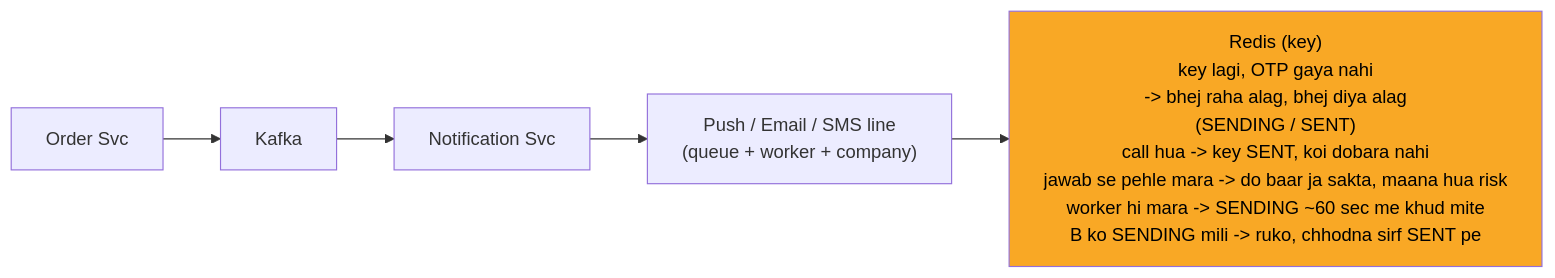
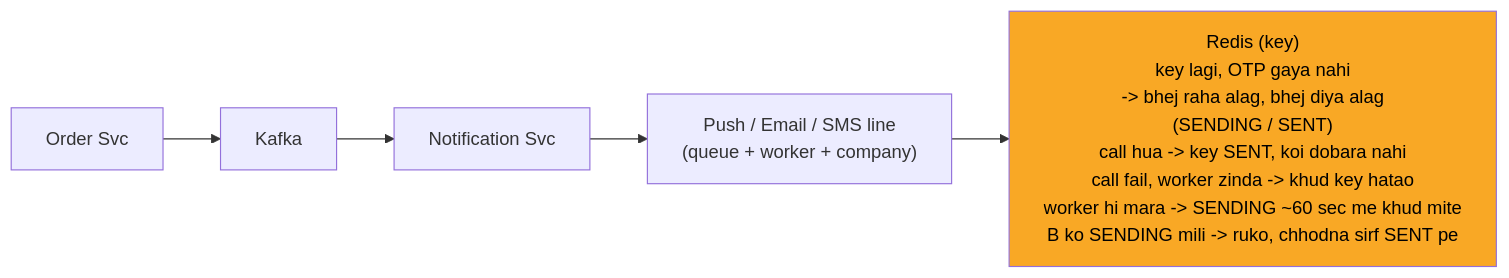
One commit to ArpanMaheshwari144/Prep changed the fifth of 13 diagrams in 04_HLD/SYSTEM_DESIGNS/04_notification_system/04_notification_system.md. Above: the diagram before and after it, drawn with Mermaid. The commit also changed 7 other files, not shown here.

````diff
--- a/04_HLD/SYSTEM_DESIGNS/04_notification_system/04_notification_system.md
+++ b/04_HLD/SYSTEM_DESIGNS/04_notification_system/04_notification_system.md
@@ -208,14 +208,14 @@
 ```mermaid
 %%{init: {"flowchart": {"wrappingWidth": 450}}}%%
 flowchart LR
     n_Order_Svc["Order Svc"]
     n_Kafka["Kafka"]
     n_Notification_Svc["Notification Svc"]
     n_LINES["Push / Email / SMS line<br/>(queue + worker + company)"]
-    n_Redis["Redis (key)<br/>key lagi, OTP gaya nahi<br/>-> bhej raha alag, bhej diya alag<br/>(SENDING / SENT)<br/>call hua -> key SENT, koi dobara nahi<br/>jawab se pehle mara -> do baar ja sakta, maana hua risk<br/>worker hi mara -> SENDING ~60 sec me khud mite<br/>B ko SENDING mili -> ruko, chhodna sirf SENT pe"]
+    n_Redis["Redis (key)<br/>key lagi, OTP gaya nahi<br/>-> bhej raha alag, bhej diya alag<br/>(SENDING / SENT)<br/>call hua -> key SENT, koi dobara nahi<br/>call fail, worker zinda -> khud key hatao<br/>worker hi mara -> SENDING ~60 sec me khud mite<br/>B ko SENDING mili -> ruko, chhodna sirf SENT pe"]
     n_Order_Svc --> n_Kafka
     n_Kafka --> n_Notification_Svc
     n_Notification_Svc --> n_LINES
     n_LINES --> n_Redis
     style n_Redis fill:#f9a825,color:#000
 ```
````
